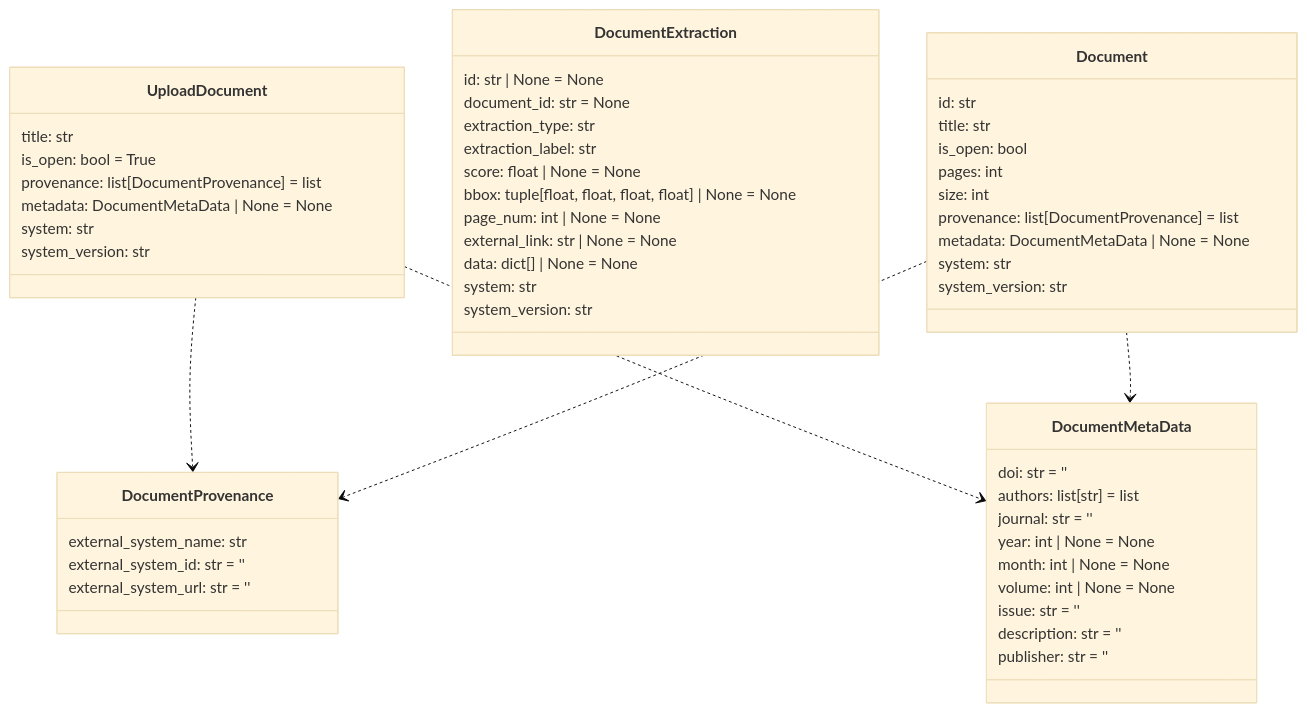
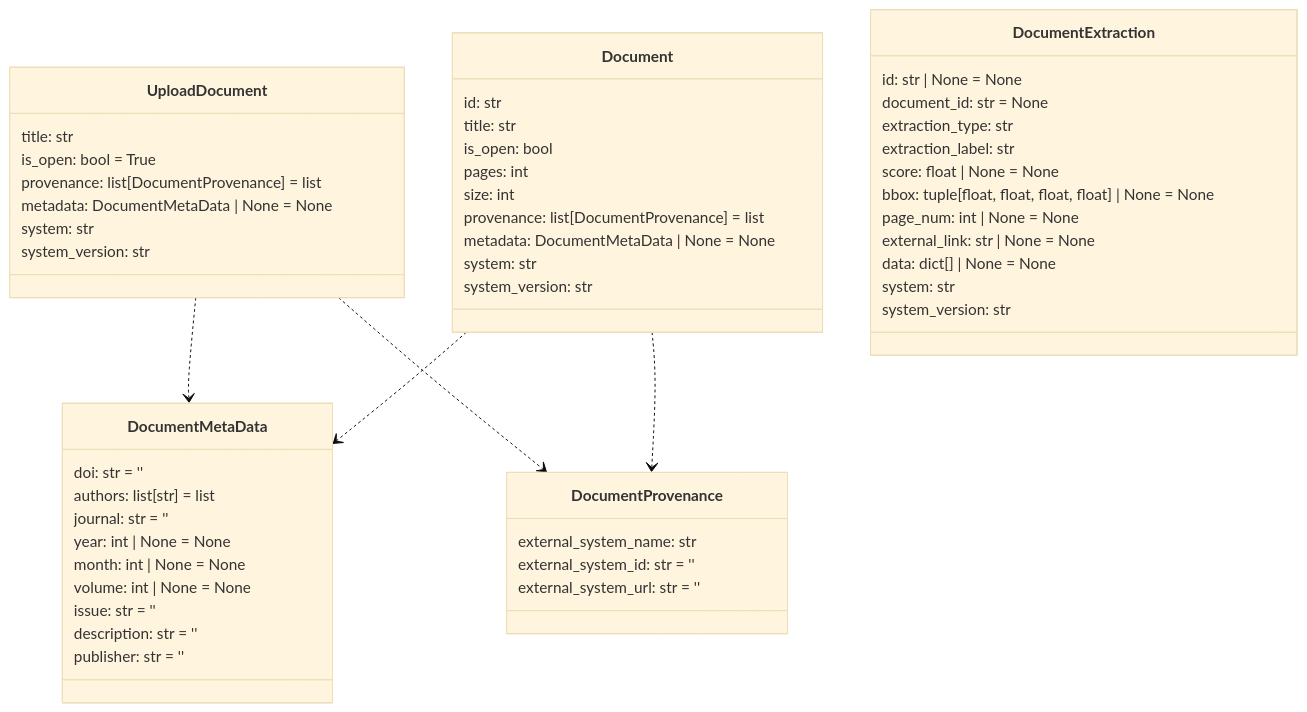
Before and after one commit to DARPA-CRITICALMAAS/cdr_schemas: the ninth of 14 diagrams in README.md, drawn with Mermaid (base theme). The commit also changed other lines of this file, not shown here.

````diff
--- a/README.md
+++ b/README.md
@@ -695,63 +695,63 @@
 ```mermaid
 classDiagram
+
+    class UploadDocument {
+        title: str
+        is_open: bool = True
+        provenance: list[DocumentProvenance] = list
+        metadata: DocumentMetaData | None = None
+        system: str
+        system_version: str
+    }
 
     class DocumentMetaData {
         doi: str = ''
         authors: list[str] = list
         journal: str = ''
         year: int | None = None
         month: int | None = None
         volume: int | None = None
         issue: str = ''
         description: str = ''
         publisher: str = ''
     }
 
     class Document {
         id: str
         title: str
         is_open: bool
         pages: int
         size: int
         provenance: list[DocumentProvenance] = list
         metadata: DocumentMetaData | None = None
         system: str
         system_version: str
     }
 
+    class DocumentProvenance {
+        external_system_name: str
+        external_system_id: str = ''
+        external_system_url: str = ''
+    }
+
     class DocumentExtraction {
         id: str | None = None
         document_id: str = None
         extraction_type: str
         extraction_label: str
         score: float | None = None
         bbox: tuple[float, float, float, float] | None = None
         page_num: int | None = None
         external_link: str | None = None
         data: dict[] | None = None
         system: str
         system_version: str
     }
 
-    class UploadDocument {
-        title: str
-        is_open: bool = True
-        provenance: list[DocumentProvenance] = list
-        metadata: DocumentMetaData | None = None
-        system: str
-        system_version: str
-    }
-
-    class DocumentProvenance {
-        external_system_name: str
-        external_system_id: str = ''
-        external_system_url: str = ''
-    }
-
+    UploadDocument ..> DocumentMetaData
     UploadDocument ..> DocumentProvenance
-    UploadDocument ..> DocumentMetaData
+    Document ..> DocumentMetaData
     Document ..> DocumentProvenance
-    Document ..> DocumentMetaData
 
 
 ```
````
